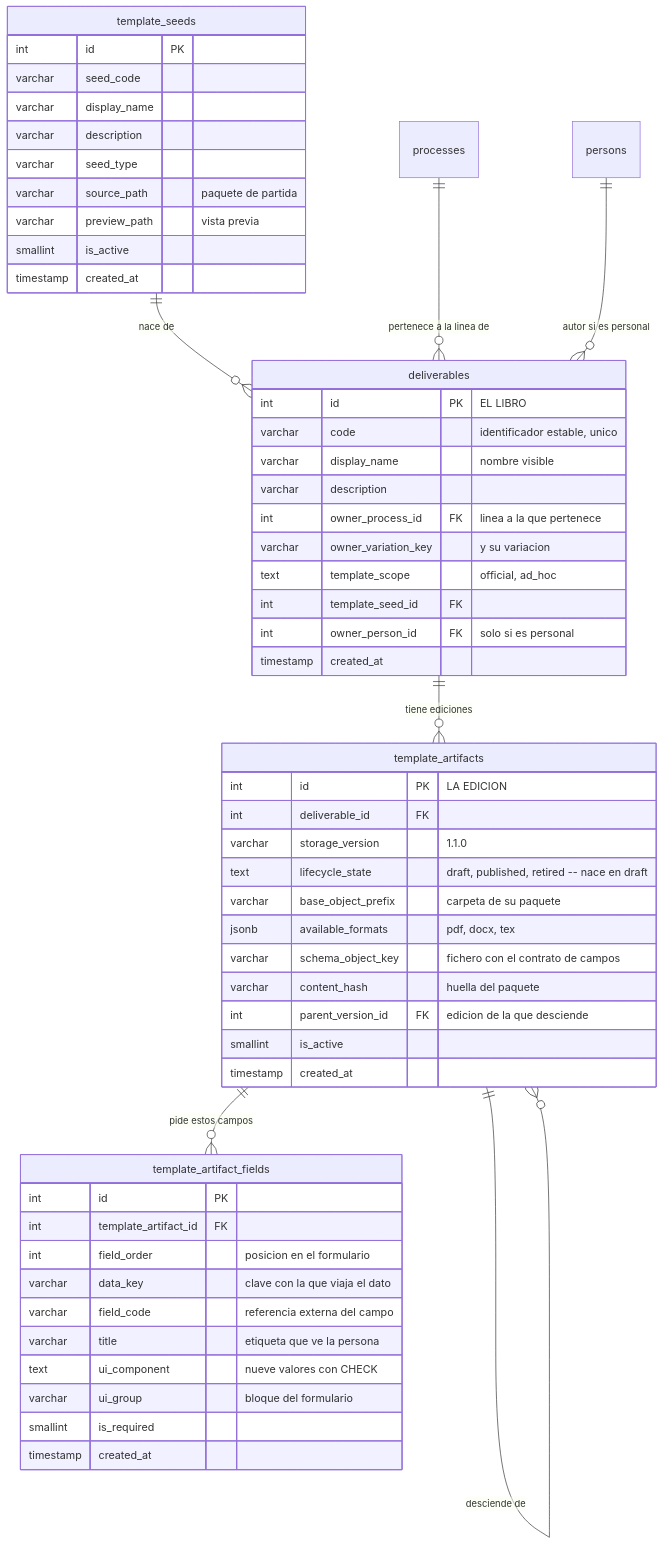
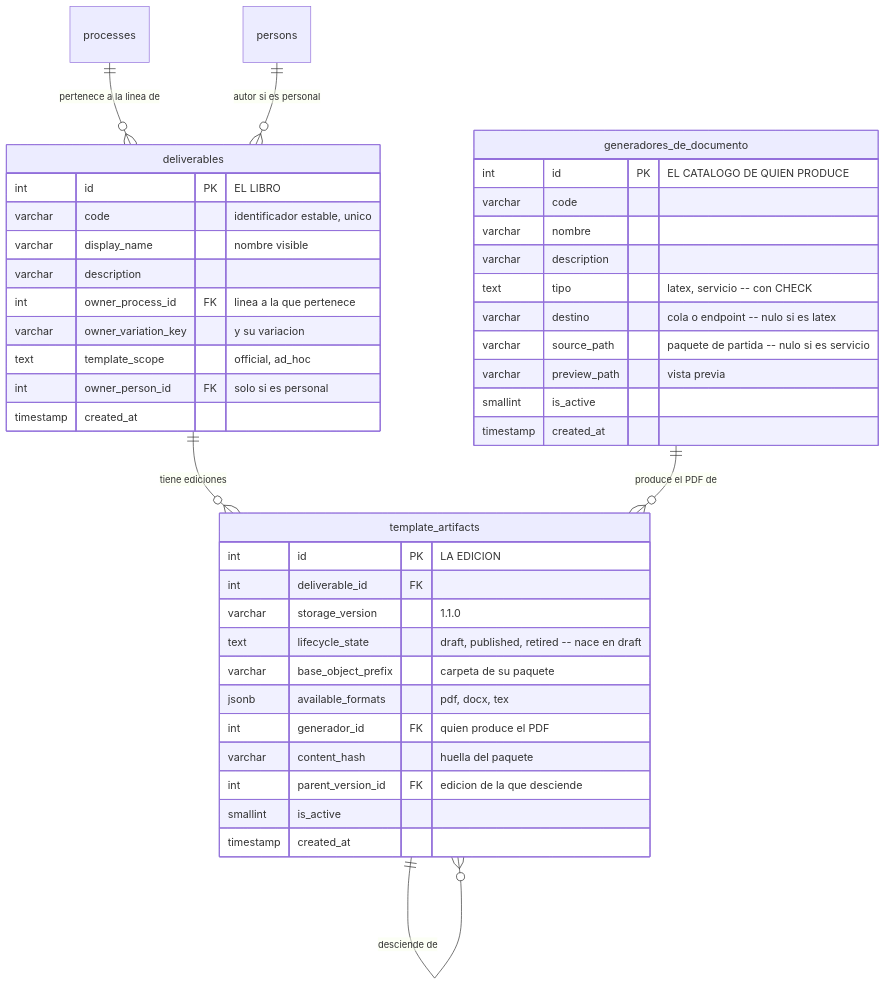
The diagram in docs/src/content/docs/modelo/entregable-y-ediciones.md (fresvel/deasy), drawn with Mermaid before and after one commit. The commit also changed other lines of this file and 63 other files, not shown here.

````diff
--- a/docs/src/content/docs/modelo/entregable-y-ediciones.md
+++ b/docs/src/content/docs/modelo/entregable-y-ediciones.md
@@ -97,58 +112,45 @@
 ```mermaid
 erDiagram
   deliverables ||--o{ template_artifacts : "tiene ediciones"
-  template_seeds ||--o{ deliverables : "nace de"
+  generadores_de_documento ||--o{ template_artifacts : "produce el PDF de"
   processes ||--o{ deliverables : "pertenece a la linea de"
   persons ||--o{ deliverables : "autor si es personal"
   template_artifacts ||--o{ template_artifacts : "desciende de"
-  template_artifacts ||--o{ template_artifact_fields : "pide estos campos"
 
   deliverables {
     int id PK "EL LIBRO"
     varchar code "identificador estable, unico"
     varchar display_name "nombre visible"
     varchar description
     int owner_process_id FK "linea a la que pertenece"
     varchar owner_variation_key "y su variacion"
     text template_scope "official, ad_hoc"
-    int template_seed_id FK
     int owner_person_id FK "solo si es personal"
     timestamp created_at
   }
   template_artifacts {
     int id PK "LA EDICION"
     int deliverable_id FK
     varchar storage_version "1.1.0"
     text lifecycle_state "draft, published, retired -- nace en draft"
     varchar base_object_prefix "carpeta de su paquete"
     jsonb available_formats "pdf, docx, tex"
-    varchar schema_object_key "fichero con el contrato de campos"
+    int generador_id FK "quien produce el PDF"
     varchar content_hash "huella del paquete"
     int parent_version_id FK "edicion de la que desciende"
     smallint is_active
     timestamp created_at
   }
-  template_artifact_fields {
-    int id PK
-    int template_artifact_id FK
-    int field_order "posicion en el formulario"
-    varchar data_key "clave con la que viaja el dato"
-    varchar field_code "referencia externa del campo"
-    varchar title "etiqueta que ve la persona"
-    text ui_component "nueve valores con CHECK"
-    varchar ui_group "bloque del formulario"
-    smallint is_required
-    timestamp created_at
-  }
-  template_seeds {
-    int id PK
-    varchar seed_code
-    varchar display_name
+  generadores_de_documento {
+    int id PK "EL CATALOGO DE QUIEN PRODUCE"
+    varchar code
+    varchar nombre
     varchar description
-    varchar seed_type
-    varchar source_path "paquete de partida"
+    text tipo "latex, servicio -- con CHECK"
+    varchar destino "cola o endpoint -- nulo si es latex"
+    varchar source_path "paquete de partida -- nulo si es servicio"
     varchar preview_path "vista previa"
     smallint is_active
     timestamp created_at
   }
 ```
````
